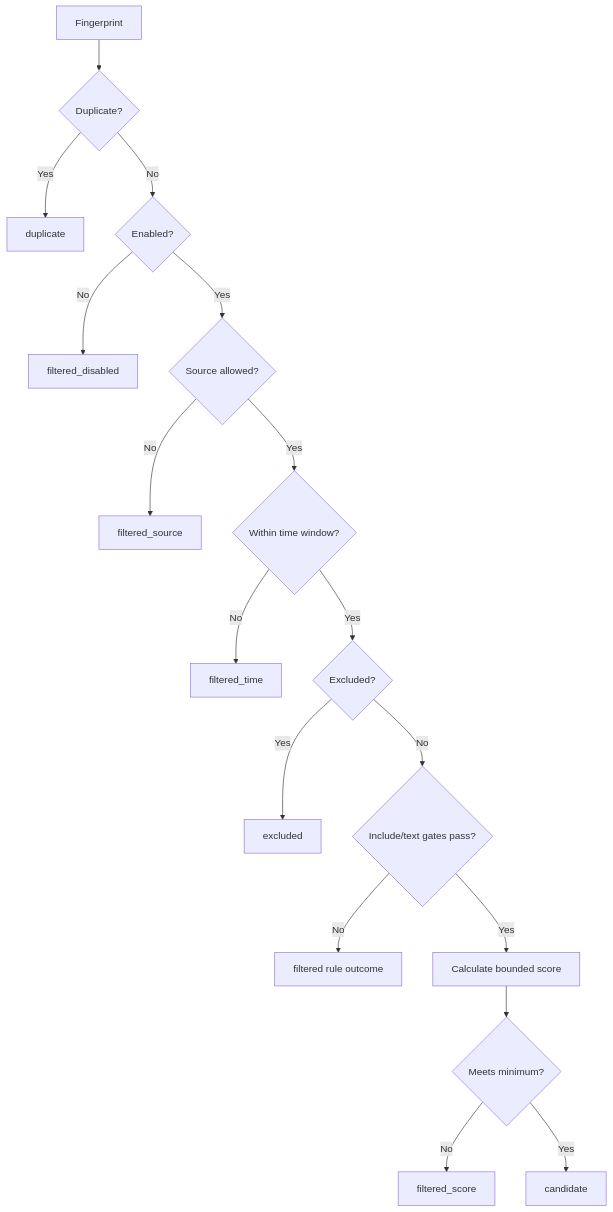
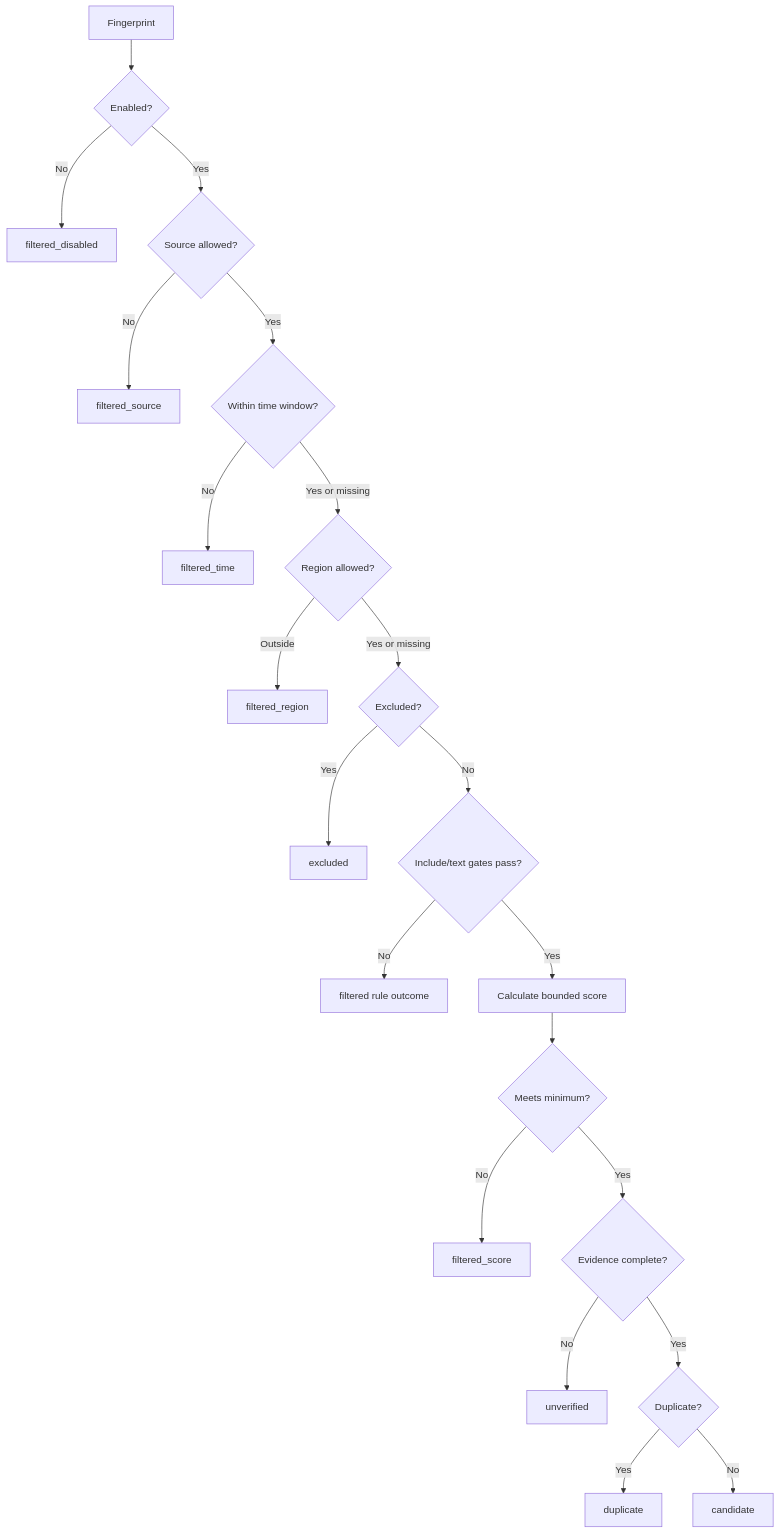
The diagram in docs/rules.md (yel66026-stack/xiaoye-radar), drawn with Mermaid before and after one commit. The commit also changed other lines of this file and 50 other files, not shown here.

````diff
--- a/docs/rules.md
+++ b/docs/rules.md
@@ -65,19 +68,23 @@
 ```mermaid
 flowchart TD
-  A[Fingerprint] --> B{Duplicate?}
-  B -->|Yes| X[duplicate]
-  B -->|No| C{Enabled?}
+  A[Fingerprint] --> C{Enabled?}
   C -->|No| D[filtered_disabled]
   C -->|Yes| E{Source allowed?}
   E -->|No| F[filtered_source]
   E -->|Yes| G{Within time window?}
   G -->|No| H[filtered_time]
-  G -->|Yes| I{Excluded?}
+  G -->|Yes or missing| Q{Region allowed?}
+  Q -->|Outside| T[filtered_region]
+  Q -->|Yes or missing| I{Excluded?}
   I -->|Yes| J[excluded]
   I -->|No| K{Include/text gates pass?}
   K -->|No| L[filtered rule outcome]
   K -->|Yes| M[Calculate bounded score]
   M --> N{Meets minimum?}
   N -->|No| O[filtered_score]
-  N -->|Yes| P[candidate]
+  N -->|Yes| U{Evidence complete?}
+  U -->|No| V[unverified]
+  U -->|Yes| B{Duplicate?}
+  B -->|Yes| X[duplicate]
+  B -->|No| P[candidate]
 ```
````
